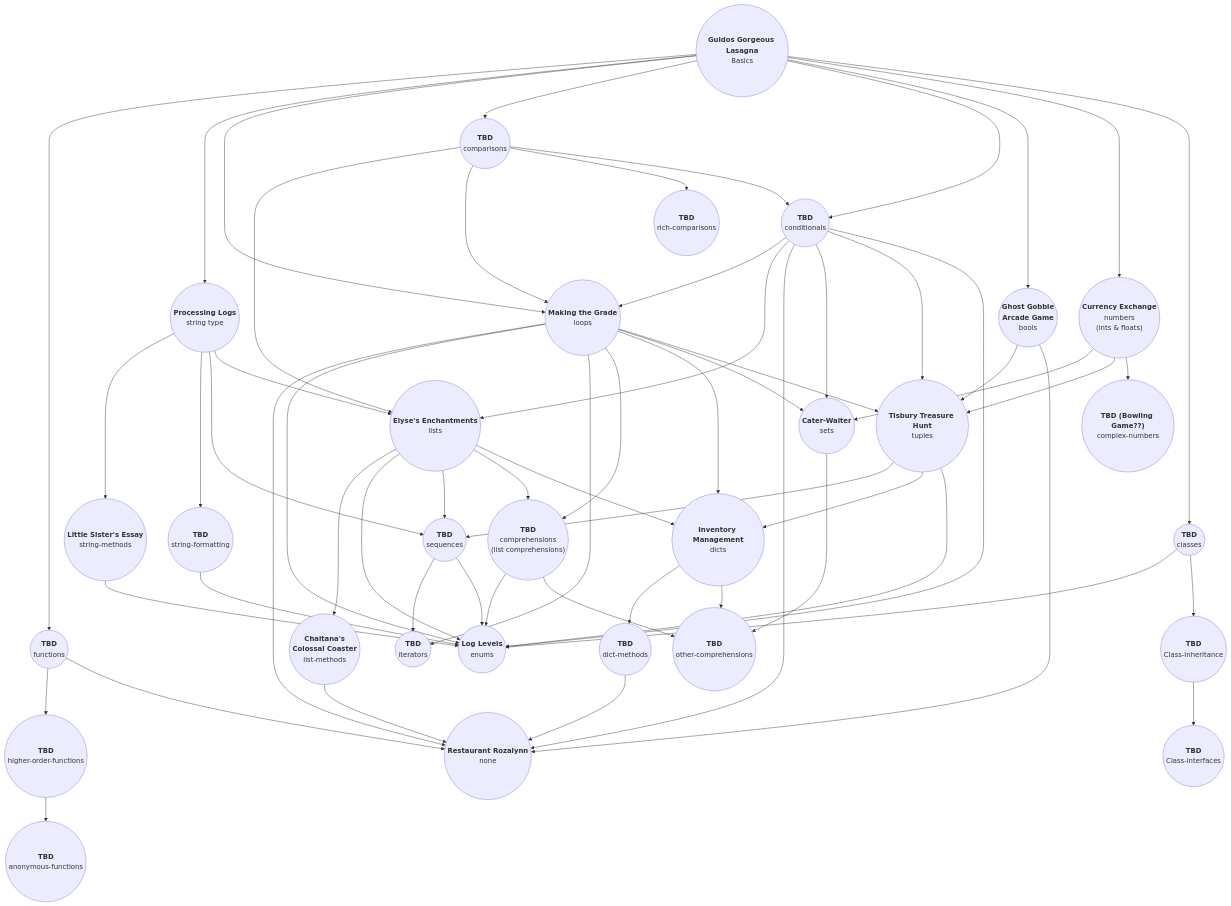
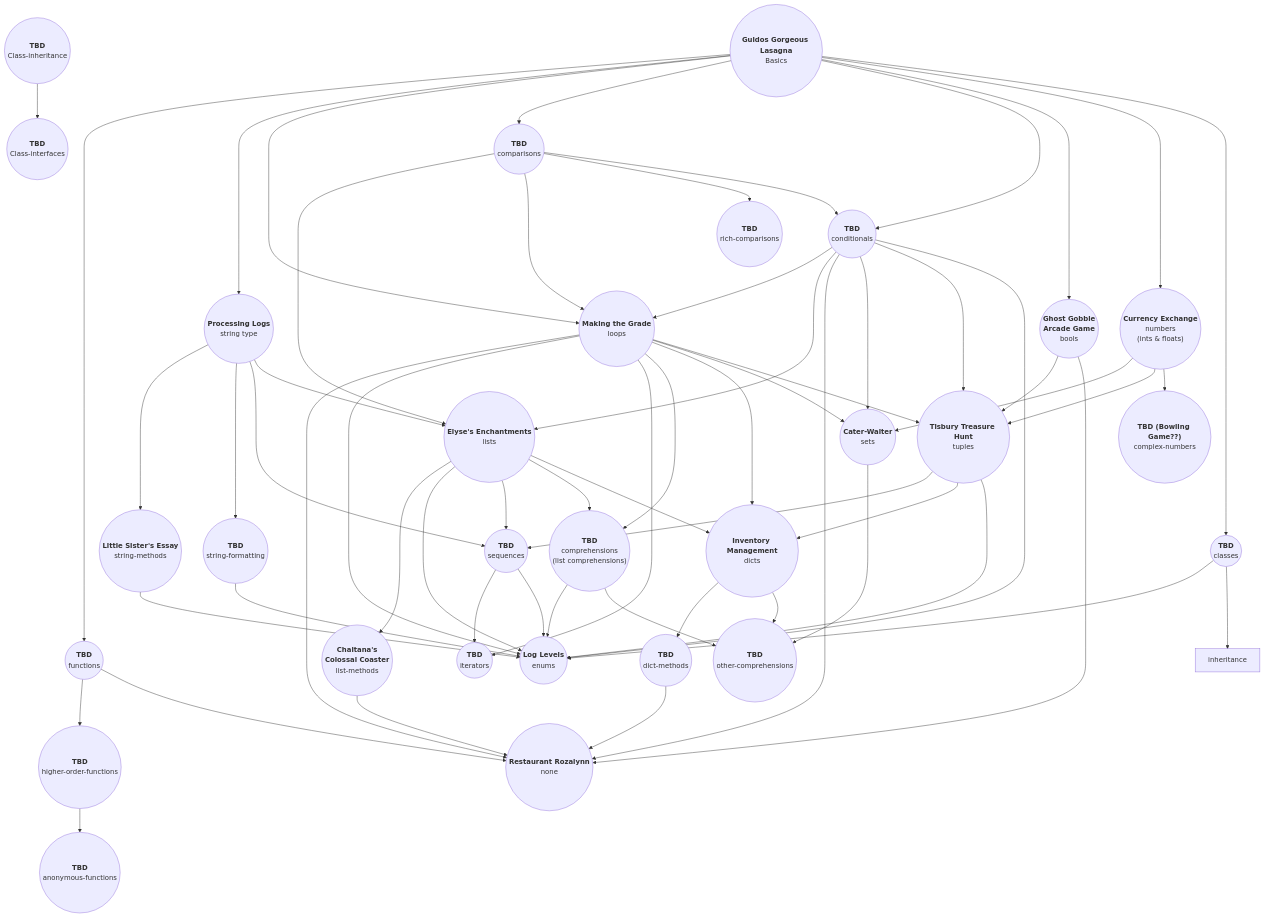
One commit to exercism/v3 changed the diagram in languages/python/exercises/README.md. Above: the diagram before and after it, drawn with Mermaid.

````diff
--- a/languages/python/exercises/README.md
+++ b/languages/python/exercises/README.md
@@ -25,61 +25,61 @@
 ```mermaid
 flowchart TD
 
 %%concepts & exercise names (node lables)
 Basics((<b>Guidos Gorgeous Lasagna</b><br>Basics))
 bools((<b>Ghost Gobble<br>Arcade Game</b><br>bools))
 classes((<b>TBD</b><br>classes))
 Class-inheritance((<b>TBD</b><br>Class-inheritance))
 Class-interfaces((<b>TBD</b><br>Class-interfaces))
 comparisons((<b>TBD</b><br>comparisons))
 comprehensions(("<b>TBD</b><br>comprehensions<br>(list comprehensions)"))
 other-comprehensions((<b>TBD</b><br>other-comprehensions))
 conditionals((<b>TBD</b><br>conditionals))
 dicts((<b>Inventory Management</b><br>dicts))
 dict-methods((<b>TBD</b><br>dict-methods))
 enums((<b>Log Levels</b><br>enums))
 functions((<b>TBD</b><br>functions))
 higher-order-functions((<b>TBD</b><br>higher-order-functions))
 anonymous-functions((<b>TBD</b><br>anonymous-functions))
 iterators((<b>TBD</b><br>iterators))
 lists((<b>Elyse's Enchantments</b><br>lists))
 list-methods((<b>Chaitana's<br>Colossal Coaster</b><br>list-methods))
 loops((<b>Making the Grade</b><br>loops))
 none((<b>Restaurant Rozalynn</b><br>none))
 numbers(("<b>Currency Exchange</b><br>numbers<br>(ints & floats)"))
 complex-numbers(("<b>TBD (Bowling Game??)</b><br>complex-numbers"))
 rich-comparisons((<b>TBD</b><br>rich-comparisons))
 sequences((<b>TBD</b><br>sequences))
 sets((<b>Cater-Waiter</b><br>sets))
 strings((<b>Processing Logs</b> <br>string type))
 string-formatting((<b>TBD</b> <br>string-formatting))
 string-methods((<b>Little Sister's Essay</b><br>string-methods))
 tuples((<b>Tisbury Treasure Hunt</b><br>tuples))
 
 
 %%exercise prerequisites (node relations)
 Basics --> functions & strings & loops & comparisons & conditionals & bools
 Basics --> numbers & classes
 
 bools --> tuples & none
-classes --> enums & Class-inheritance
+classes --> enums & inheritance
 comparisons --> lists & loops
 comparisons --> rich-comparisons & conditionals
 comprehensions --> enums & other-comprehensions
 conditionals --> loops & lists & none & sets & tuples & enums
 Class-inheritance --> Class-interfaces
 dicts --> dict-methods & other-comprehensions
 dict-methods --> none
 functions --> higher-order-functions & none
 higher-order-functions --> anonymous-functions
 lists --> list-methods & enums & sequences & comprehensions & dicts
 list-methods --> none
 loops --> none & enums & iterators & comprehensions & dicts & sets & tuples
 numbers -->  sets & tuples & complex-numbers
 sequences --> iterators & enums
 sets --> other-comprehensions
 strings --> string-methods & string-formatting
 strings --> sequences & lists
 string-methods & string-formatting --> enums
 tuples --> sequences & dicts & enums
 ```
````
